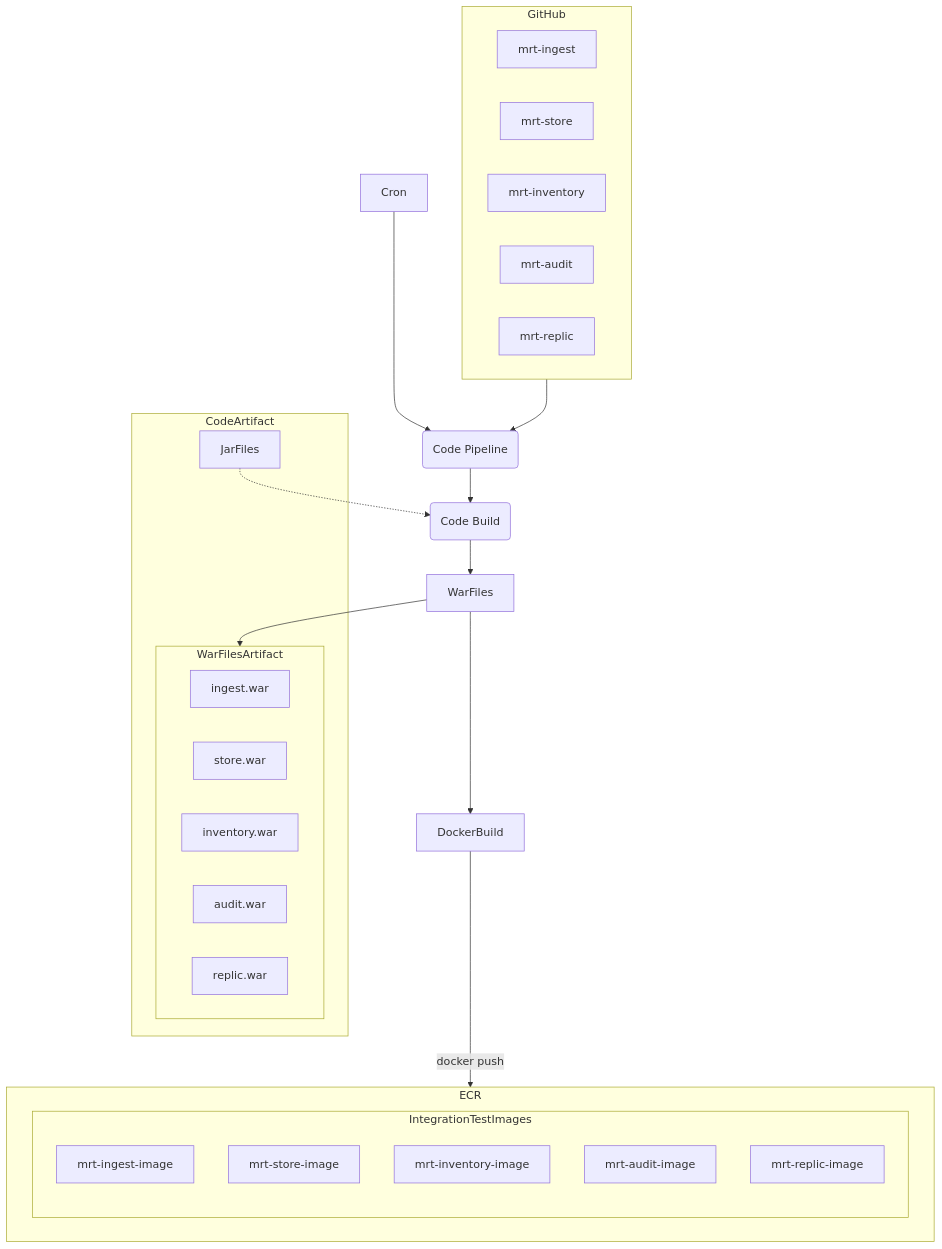
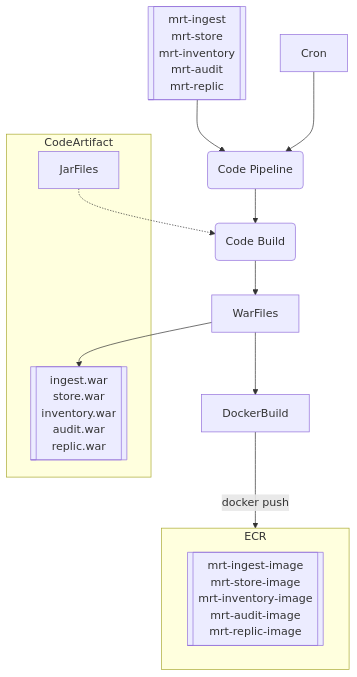
The third of 13 diagrams in design/aws-build/README.md (CDLUC3/mrt-doc), drawn with Mermaid before and after one commit. The commit also changed other lines of this file, not shown here.

````diff
--- a/design/aws-build/README.md
+++ b/design/aws-build/README.md
@@ -94,40 +94,40 @@
 ```mermaid
 graph TD
-  subgraph GitHub
+  GitHub[["`
     mrt-ingest
     mrt-store
     mrt-inventory
     mrt-audit
     mrt-replic
-  end
+  `"]]
   GitHub --> Pipeline
   Cron --> Pipeline
   Pipeline(Code Pipeline)
   Pipeline --> Build
   Build(Code Build)
   Build --> WarFiles
   WarFiles --> DockerBuild
   DockerBuild --> |docker push| ECR
   ECR
   subgraph CodeArtifact
     JarFiles
-    subgraph WarFilesArtifact
+    WarFilesArtifact[["`
       ingest.war
       store.war
       inventory.war
       audit.war
       replic.war
-    end
+    `"]]
   end
   WarFiles --> WarFilesArtifact
   JarFiles -.-> Build
   subgraph ECR
-    subgraph IntegrationTestImages
+    IntegrationTestImages[["`
       mrt-ingest-image
       mrt-store-image
       mrt-inventory-image
       mrt-audit-image
       mrt-replic-image
-    end
+    `"]]
   end
 ```
````
